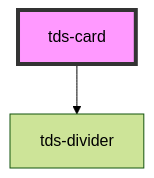
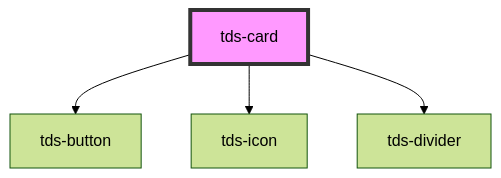
Before and after one commit to scania-digital-design-system/tegel: the diagram in packages/core/src/components/card/readme.md, drawn with Mermaid (forest theme). The commit also changed other lines of this file and 5 other files, not shown here.

````diff
--- a/packages/core/src/components/card/readme.md
+++ b/packages/core/src/components/card/readme.md
@@ -50,5 +54,7 @@
 ```mermaid
 graph TD;
+  tds-card --> tds-button
+  tds-card --> tds-icon
   tds-card --> tds-divider
   style tds-card fill:#f9f,stroke:#333,stroke-width:4px
 ```
````
